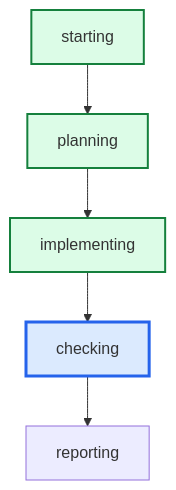
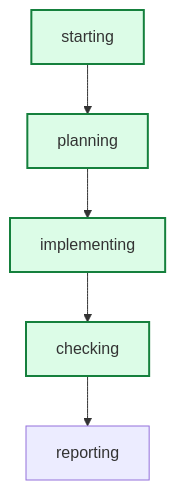
One commit to daniell0gda/hermes-feature-check-dashboard changed the diagram in latest/graph.mmd. Above: the diagram before and after it, drawn with Mermaid. The commit also changed 22 other files, not shown here.

```diff
--- a/latest/graph.mmd
+++ b/latest/graph.mmd
@@ -1,13 +1,13 @@
 graph TD
     starting --> planning
     planning --> implementing
     implementing --> checking
     checking --> reporting
 
 classDef done fill:#dcfce7,stroke:#15803d,stroke-width:2px;
 classDef active fill:#dbeafe,stroke:#2563eb,stroke-width:3px;
 classDef failed fill:#fee2e2,stroke:#b42318,stroke-width:2px;
+class planning done;
+class checking done;
 class implementing done;
-class checking active;
-class planning done;
 class starting done;
```
